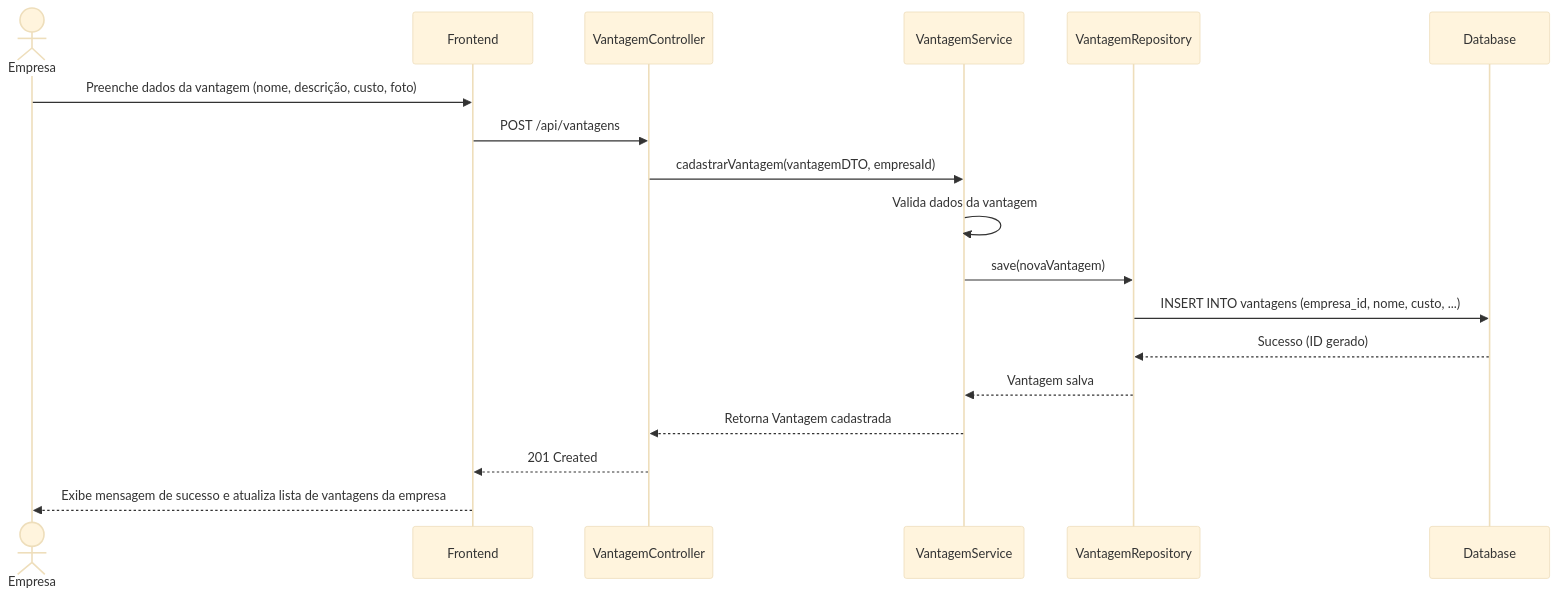
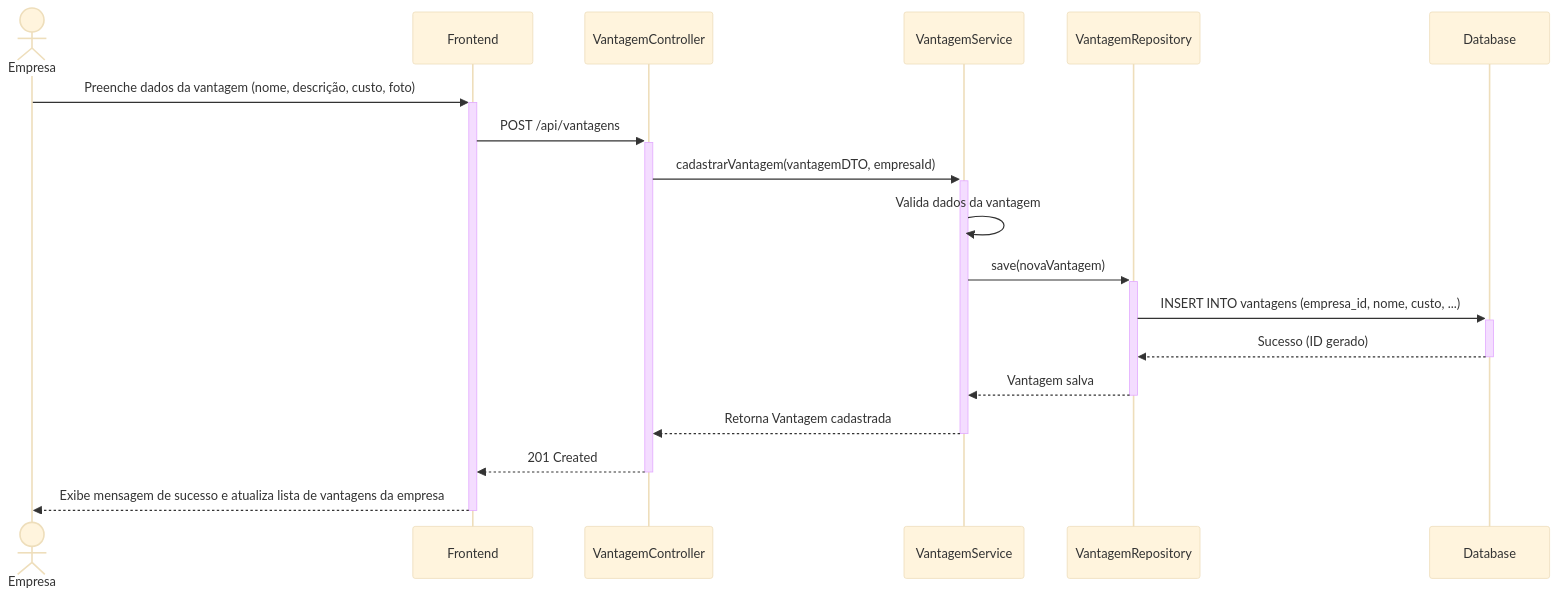
One commit to arthurcbretas/Sistema_de_Moeda_Estudantil changed the diagram in docs/diagramas/diagrama_sequencia_cadastro_vantagem.md. Above: the diagram before and after it, drawn with Mermaid (base theme). The commit also changed 18 other files, not shown here.

Commit message:
feat: implement asynchronous email notification system using RabbitMQ and document system flows

````diff
--- a/docs/diagramas/diagrama_sequencia_cadastro_vantagem.md
+++ b/docs/diagramas/diagrama_sequencia_cadastro_vantagem.md
@@ -3,21 +3,21 @@
 ```mermaid
 sequenceDiagram
     actor E as Empresa
     participant F as Frontend
     participant C as VantagemController
     participant S as VantagemService
     participant R_Vant as VantagemRepository
     participant DB as Database
 
-    E->>F: Preenche dados da vantagem (nome, descrição, custo, foto)
-    F->>C: POST /api/vantagens
-    C->>S: cadastrarVantagem(vantagemDTO, empresaId)
+    E->>+F: Preenche dados da vantagem (nome, descrição, custo, foto)
+    F->>+C: POST /api/vantagens
+    C->>+S: cadastrarVantagem(vantagemDTO, empresaId)
     S->>S: Valida dados da vantagem
-    S->>R_Vant: save(novaVantagem)
-    R_Vant->>DB: INSERT INTO vantagens (empresa_id, nome, custo, ...)
-    DB-->>R_Vant: Sucesso (ID gerado)
-    R_Vant-->>S: Vantagem salva
-    S-->>C: Retorna Vantagem cadastrada
-    C-->>F: 201 Created
-    F-->>E: Exibe mensagem de sucesso e atualiza lista de vantagens da empresa
+    S->>+R_Vant: save(novaVantagem)
+    R_Vant->>+DB: INSERT INTO vantagens (empresa_id, nome, custo, ...)
+    DB-->>-R_Vant: Sucesso (ID gerado)
+    R_Vant-->>-S: Vantagem salva
+    S-->>-C: Retorna Vantagem cadastrada
+    C-->>-F: 201 Created
+    F-->>-E: Exibe mensagem de sucesso e atualiza lista de vantagens da empresa
 ```
````
